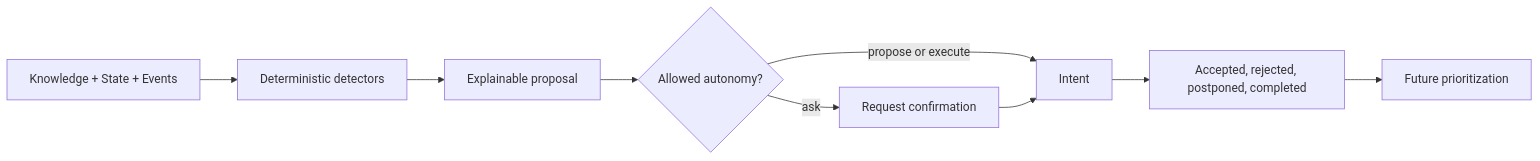
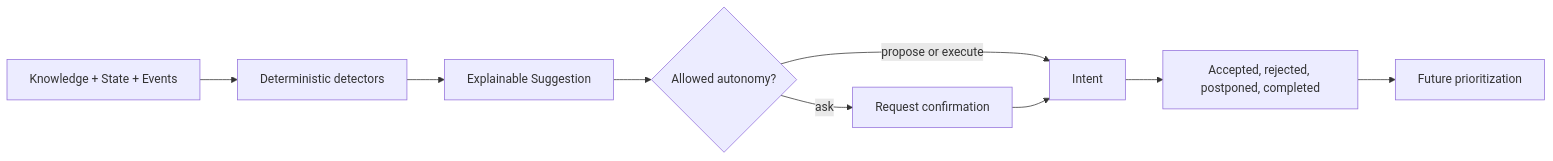
Before and after one commit to itmarck/wingman: the eighth of 9 diagrams in docs/flows.md, drawn with Mermaid. The commit also changed other lines of this file and 218 other files, not shown here.

````diff
--- a/docs/flows.md
+++ b/docs/flows.md
@@ -146,11 +146,11 @@
 ```mermaid
 flowchart LR
     Context[Knowledge + State + Events] --> Detect[Deterministic detectors]
-    Detect --> Explain[Explainable proposal]
+    Detect --> Explain[Explainable Suggestion]
     Explain --> Autonomy{Allowed autonomy?}
     Autonomy -- ask --> User[Request confirmation]
     Autonomy -- propose or execute --> Intent[Intent]
     User --> Intent
     Intent --> Feedback[Accepted, rejected, postponed, completed]
     Feedback --> Preferences[Future prioritization]
 ```
````
